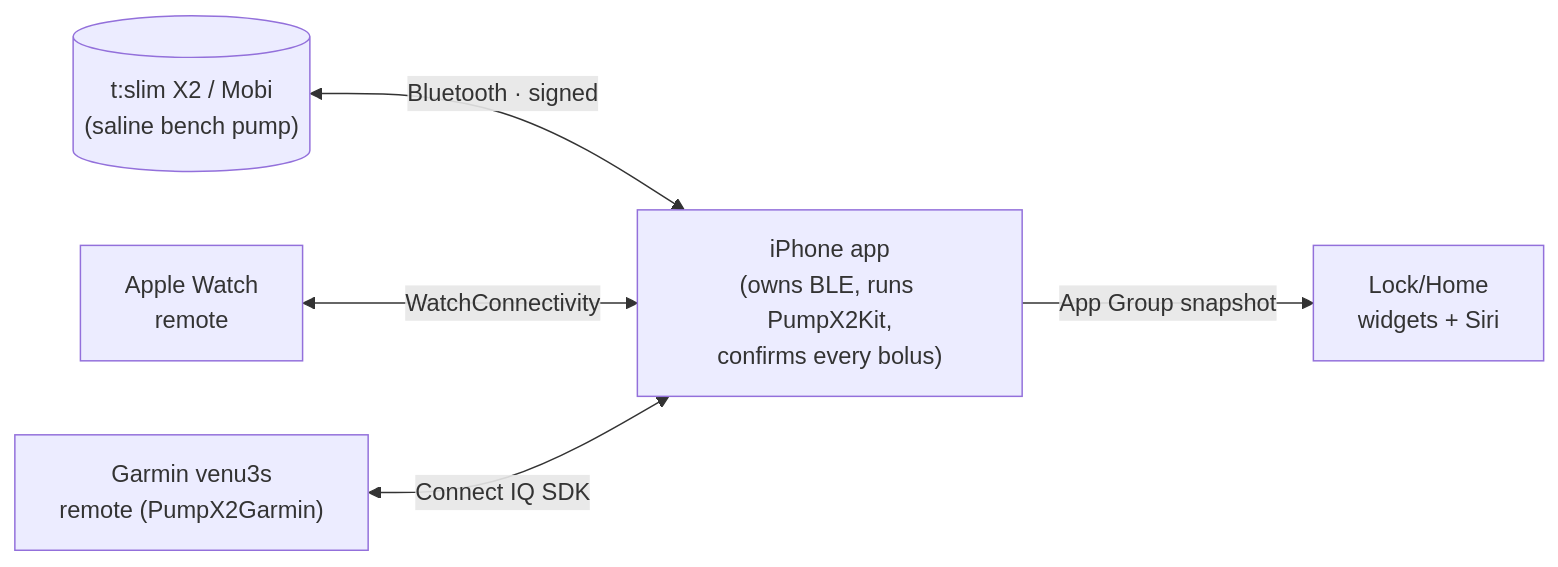
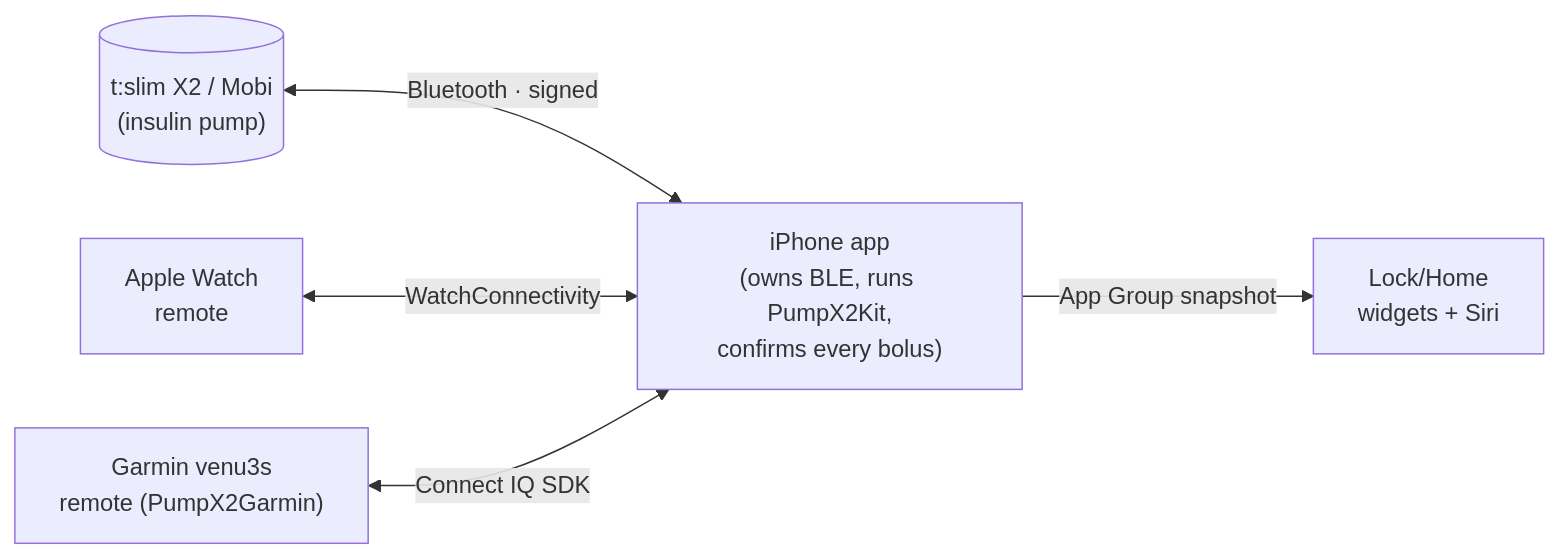
Before and after one commit to faBolus-app/faBolus: the diagram in docs/architecture.md, drawn with Mermaid. The commit also changed other lines of this file and 56 other files, not shown here.

````diff
--- a/docs/architecture.md
+++ b/docs/architecture.md
@@ -12,13 +12,13 @@
 ```mermaid
 flowchart LR
-    Pump[("t:slim X2 / Mobi\n(saline bench pump)")]
+    Pump[("t:slim X2 / Mobi\n(insulin pump)")]
     Phone["iPhone app\n(owns BLE, runs PumpX2Kit,\nconfirms every bolus)"]
     Watch["Apple Watch\nremote"]
     Garmin["Garmin venu3s\nremote (PumpX2Garmin)"]
     Widgets["Lock/Home\nwidgets + Siri"]
 
     Pump <-->|Bluetooth · signed| Phone
     Watch <-->|WatchConnectivity| Phone
     Garmin <-->|Connect IQ SDK| Phone
     Phone -->|App Group snapshot| Widgets
 ```
````
